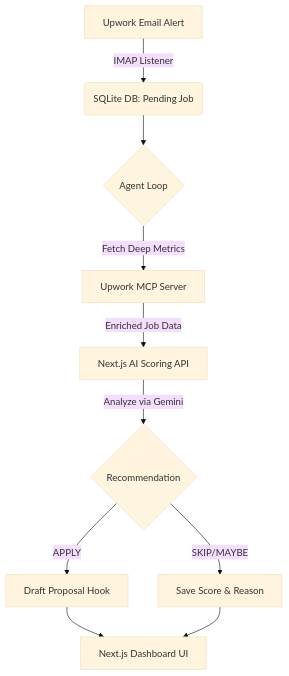
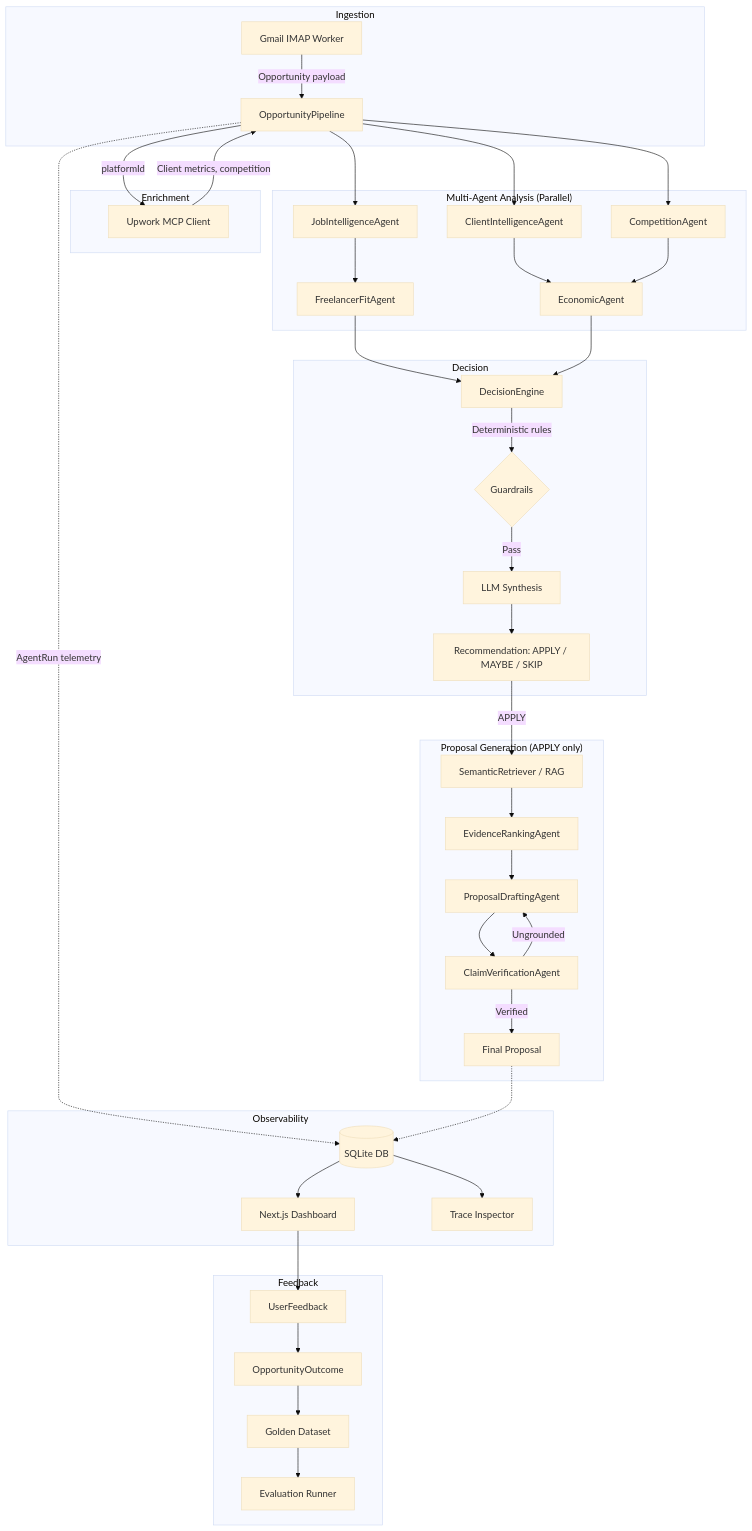
One commit to GhulamMustufa/ai-freelance-pipeline changed the diagram in README.md. Above: the diagram before and after it, drawn with Mermaid (base theme). The commit also changed other lines of this file and 29 other files, not shown here.

````diff
--- a/README.md
+++ b/README.md
@@ -55,12 +43,51 @@
 ```mermaid
-graph TD
-    A[Upwork Email Alert] -->|IMAP Listener| B(SQLite DB: Pending Job)
-    B --> C{Agent Loop}
-    C -->|Fetch Deep Metrics| D[Upwork MCP Server]
-    D -->|Enriched Job Data| E[Next.js AI Scoring API]
-    E -->|Analyze via Gemini| F{Recommendation}
-    F -->|APPLY| G[Draft Proposal Hook]
-    F -->|SKIP/MAYBE| H[Save Score & Reason]
-    G --> I[Next.js Dashboard UI]
-    H --> I
+graph TB
+    subgraph Ingestion
+        A[Gmail IMAP Worker] -->|Opportunity payload| B[OpportunityPipeline]
+    end
+
+    subgraph Enrichment
+        B -->|platformId| C[Upwork MCP Client]
+        C -->|Client metrics, competition| B
+    end
+
+    subgraph Analysis["Multi-Agent Analysis (Parallel)"]
+        B --> D[JobIntelligenceAgent]
+        B --> E[ClientIntelligenceAgent]
+        B --> F[CompetitionAgent]
+        D --> G[FreelancerFitAgent]
+        E --> H[EconomicAgent]
+        F --> H
+    end
+
+    subgraph Decision
+        G --> I[DecisionEngine]
+        H --> I
+        I -->|Deterministic rules| J{Guardrails}
+        J -->|Pass| K[LLM Synthesis]
+        K --> L[Recommendation: APPLY / MAYBE / SKIP]
+    end
+
+    subgraph Proposal["Proposal Generation (APPLY only)"]
+        L -->|APPLY| M[SemanticRetriever / RAG]
+        M --> N[EvidenceRankingAgent]
+        N --> O[ProposalDraftingAgent]
+        O --> P[ClaimVerificationAgent]
+        P -->|Ungrounded| O
+        P -->|Verified| Q[Final Proposal]
+    end
+
+    subgraph Observability
+        B -.->|AgentRun telemetry| R[(SQLite DB)]
+        Q -.-> R
+        R --> S[Next.js Dashboard]
+        R --> T[Trace Inspector]
+    end
+
+    subgraph Feedback
+        S --> U[UserFeedback]
+        U --> V[OpportunityOutcome]
+        V --> W[Golden Dataset]
+        W --> X[Evaluation Runner]
+    end
 ```
````
